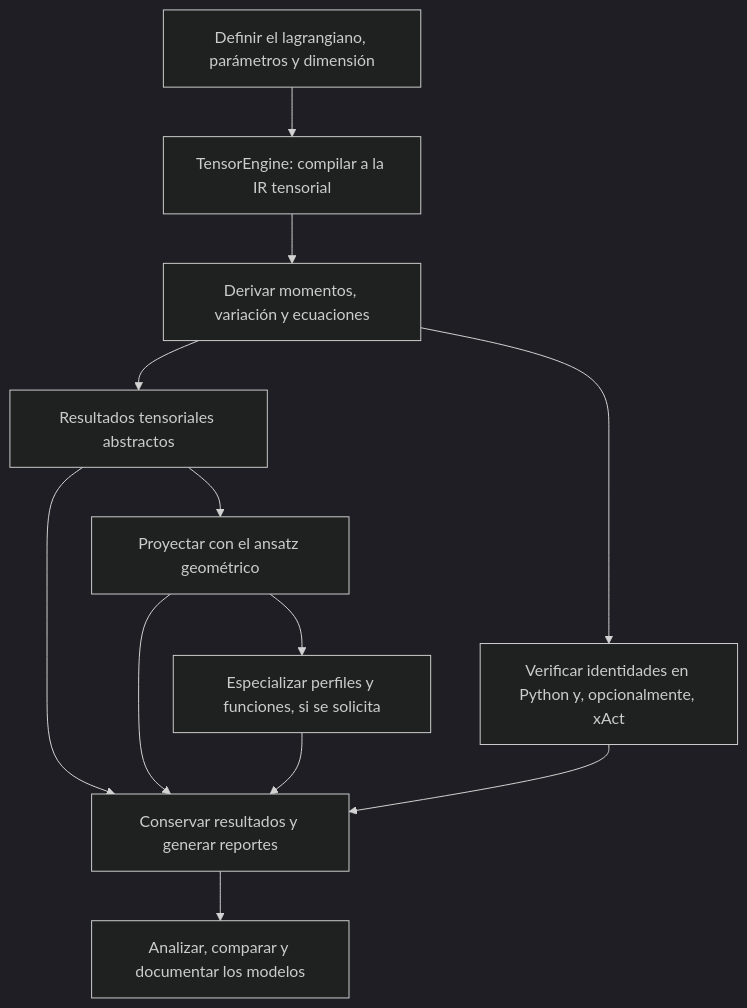
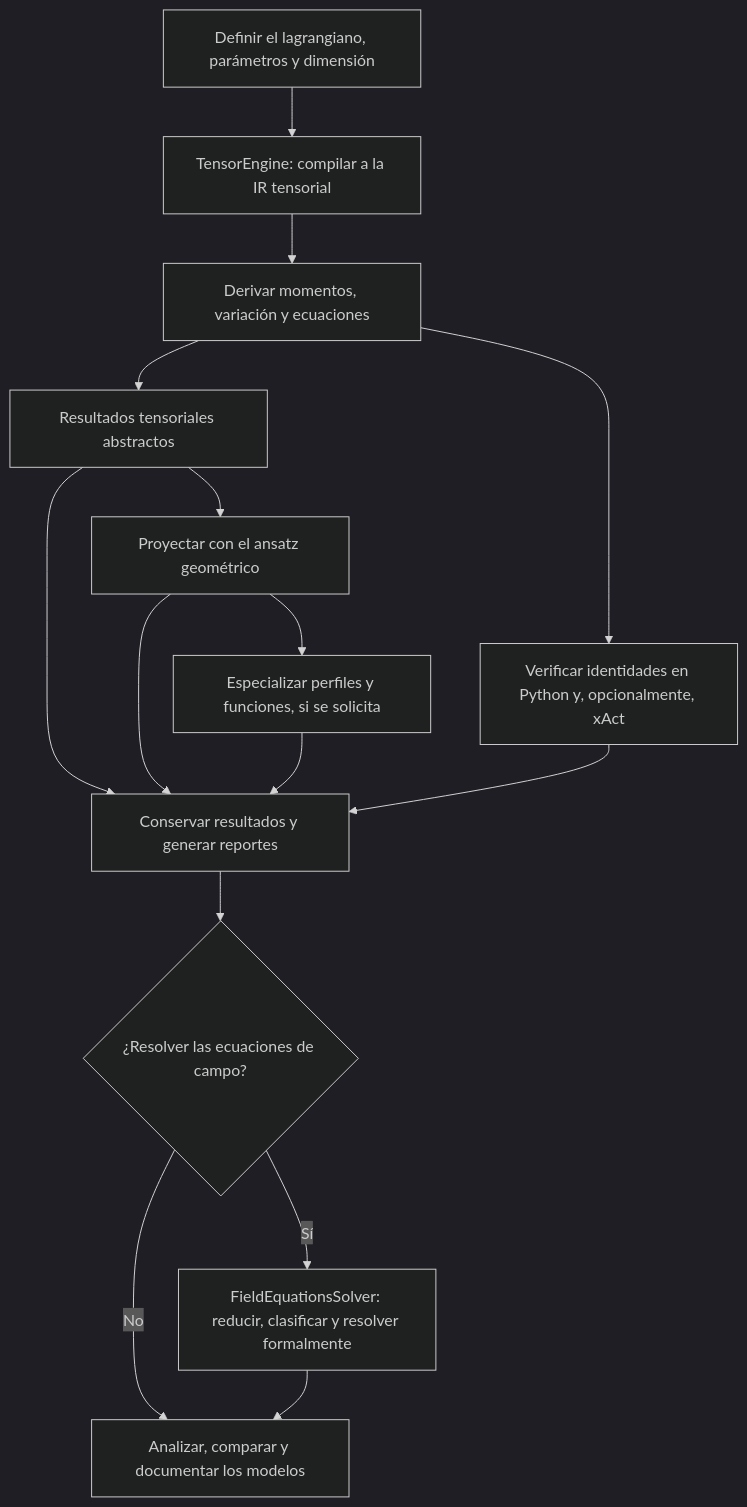
The diagram in README.md (GS-716/ModifiedTheoriesOfGravity_Research), drawn with Mermaid (dark theme) before and after one commit. The commit also changed other lines of this file and 30 other files, not shown here.

Commit message:
Document integrated research workflow and field equation solver

```diff
--- a/README.md
+++ b/README.md
@@ -68,14 +68,17 @@
 ~~~mermaid
 flowchart TD
     A["Definir el lagrangiano, parámetros y dimensión"] --> B["TensorEngine: compilar a la IR tensorial"]
     B --> C["Derivar momentos, variación y ecuaciones"]
     C --> D["Resultados tensoriales abstractos"]
     D --> E["Proyectar con el ansatz geométrico"]
     E --> F["Especializar perfiles y funciones, si se solicita"]
     C --> G["Verificar identidades en Python y, opcionalmente, xAct"]
     D --> H["Conservar resultados y generar reportes"]
     E --> H
     F --> H
     G --> H
-    H --> I["Analizar, comparar y documentar los modelos"]
+    H --> J{"¿Resolver las ecuaciones de campo?"}
+    J -- "No" --> I["Analizar, comparar y documentar los modelos"]
+    J -- "Sí" --> K["FieldEquationsSolver: reducir, clasificar y resolver formalmente"]
+    K --> I
 ~~~
```
